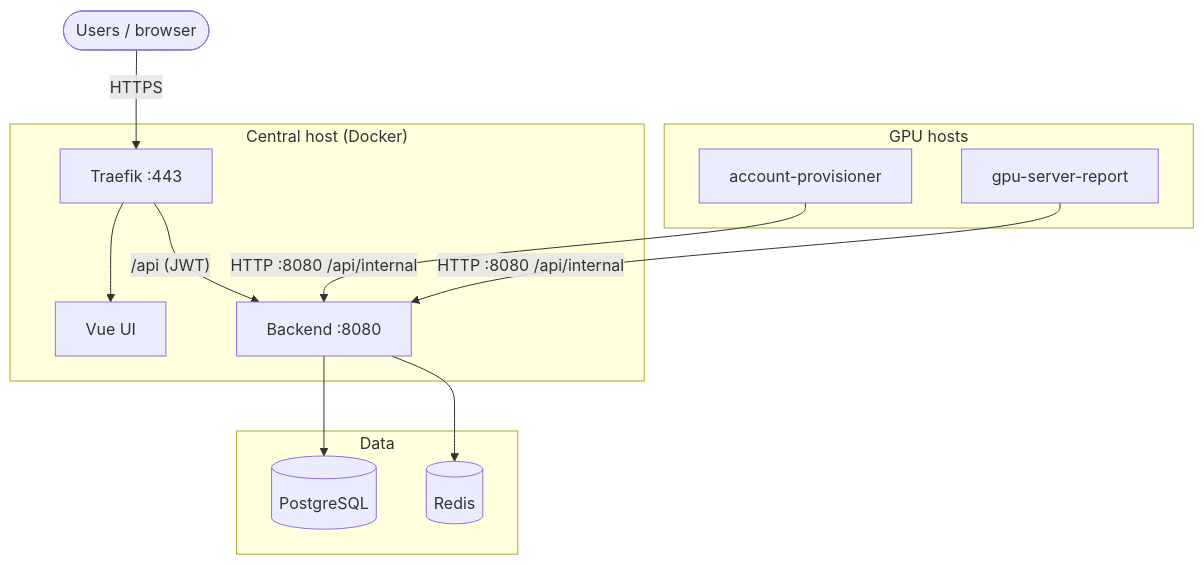
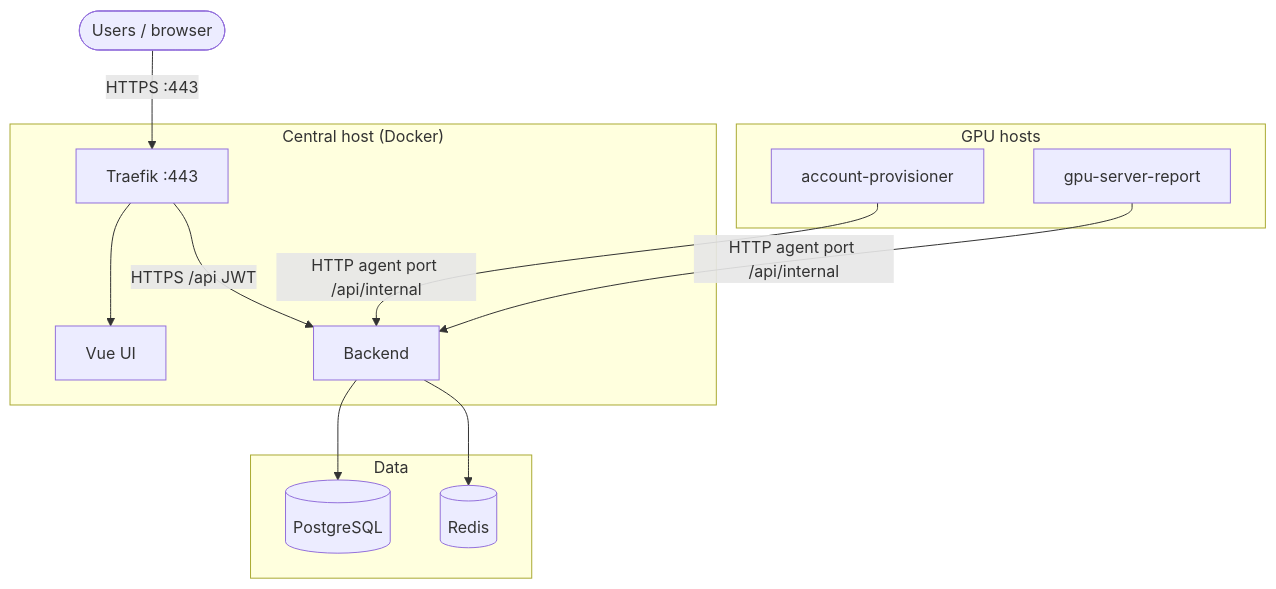
Before and after one commit to zeroDtree/server-manager: the diagram in README.md, drawn with Mermaid. The commit also changed other lines of this file and 11 other files, not shown here.

````diff
--- a/README.md
+++ b/README.md
@@ -5,28 +37,28 @@
 ```mermaid
 flowchart TB
   Browser(["Users / browser"])
 
   subgraph central ["Central host (Docker)"]
     Traefik["Traefik :443"]
     UI["Vue UI"]
-    API["Backend :8080"]
+    Backend["Backend"]
     Traefik --> UI
-    Traefik -->|"/api (JWT)"| API
+    Traefik -->|"HTTPS /api JWT"| Backend
   end
 
   subgraph data ["Data"]
     PG[(PostgreSQL)]
     RD[(Redis)]
   end
 
   subgraph agents ["GPU hosts"]
     Prov[account-provisioner]
     Rep[gpu-server-report]
   end
 
-  Browser -->|HTTPS| Traefik
-  API --> PG
-  API --> RD
-  Prov -->|"HTTP :8080 /api/internal"| API
-  Rep -->|"HTTP :8080 /api/internal"| API
+  Browser -->|"HTTPS :443"| Traefik
+  Backend --> PG
+  Backend --> RD
+  Prov -->|"HTTP agent port /api/internal"| Backend
+  Rep -->|"HTTP agent port /api/internal"| Backend
 ```
````
